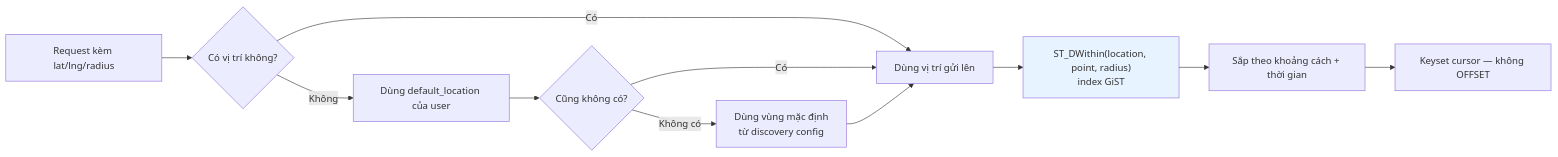
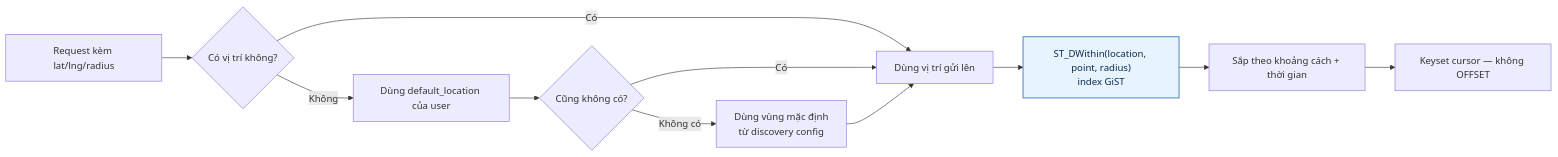
Before and after one commit to fdshn/trueheart: the second of 4 diagrams in docs/diagram/05-feed.md, drawn with Mermaid. The commit also changed other lines of this file and 30 other files, not shown here.

First line of the commit message:
docs(diagram): chữ trong khối tô màu đọc được ở cả giao diện sáng và tối

````diff
--- a/docs/diagram/05-feed.md
+++ b/docs/diagram/05-feed.md
@@ -27,15 +27,15 @@
 ```mermaid
 flowchart LR
     A[Request kèm lat/lng/radius] --> B{Có vị trí không?}
     B -->|Không| C[Dùng default_location của user]
     C --> D{Cũng không có?}
     D -->|Không có| E[Dùng vùng mặc định<br/>từ discovery config]
     B -->|Có| F[Dùng vị trí gửi lên]
     D -->|Có| F
     E --> F
     F --> G["ST_DWithin(location, point, radius)<br/>index GiST"]
     G --> H[Sắp theo khoảng cách + thời gian]
     H --> I[Keyset cursor — không OFFSET]
 
-    style G fill:#e7f3ff
+    style G fill:#e7f3ff,stroke:#3d7ab8,stroke-width:1.5px,color:#0d2a4a
 ```
````
